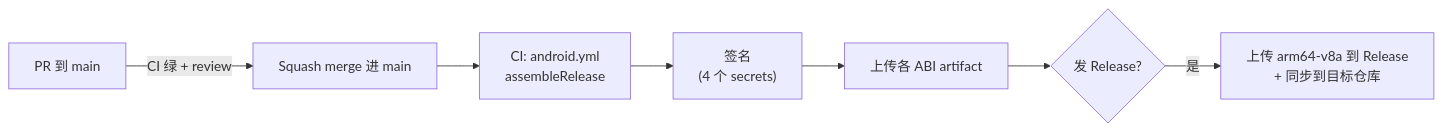
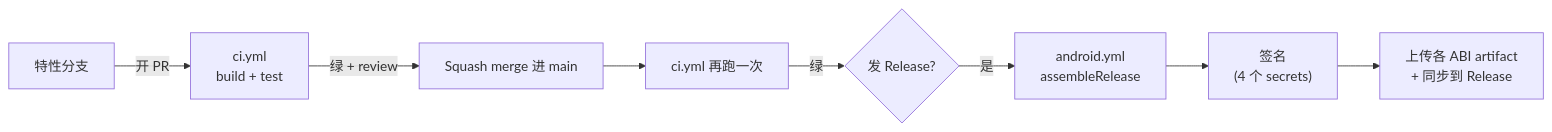
The second of 2 diagrams in docs/development.md (Gitzzr/Sesame-ZR), drawn with Mermaid before and after one commit. The commit also changed other lines of this file and 4 other files, not shown here.

````diff
--- a/docs/development.md
+++ b/docs/development.md
@@ -405,9 +415,10 @@
 ```mermaid
 flowchart LR
-    P["PR 到 main"] -->|"CI 绿 + review"| A["Squash merge 进 main"]
-    A --> B["CI: android.yml<br/>assembleRelease"]
-    B --> C["签名<br/>(4 个 secrets)"]
-    C --> D["上传各 ABI artifact"]
-    D --> E{"发 Release?"}
-    E -- 是 --> F["上传 arm64-v8a 到 Release<br/>+ 同步到目标仓库"]
+    F["特性分支"] -->|"开 PR"| C1["ci.yml<br/>build + test"]
+    C1 -->|"绿 + review"| M["Squash merge 进 main"]
+    M --> C2["ci.yml 再跑一次"]
+    C2 -->|"绿"| R{"发 Release?"}
+    R -- 是 --> A["android.yml<br/>assembleRelease"]
+    A --> S["签名<br/>(4 个 secrets)"]
+    S --> U["上传各 ABI artifact<br/>+ 同步到 Release"]
 ```
````
